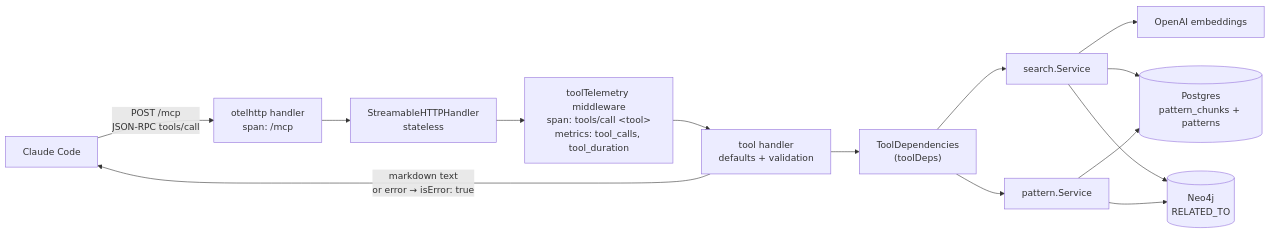
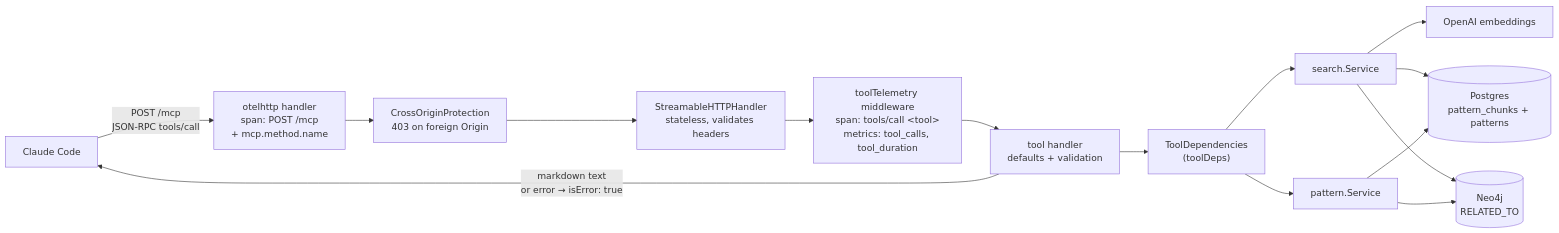
One commit to twistingmercury/mnemonic-docs changed the second of 2 diagrams in docs/design/mcp-server.md. Above: the diagram before and after it, drawn with Mermaid. The commit also changed other lines of this file and 3 other files, not shown here.

````diff
--- a/docs/design/mcp-server.md
+++ b/docs/design/mcp-server.md
@@ -163,16 +174,17 @@
 ```mermaid
 flowchart LR
-    CC["Claude Code"] -->|"POST /mcp<br/>JSON-RPC tools/call"| OTEL["otelhttp handler<br/>span: /mcp"]
-    OTEL --> SH["StreamableHTTPHandler<br/>stateless"]
+    CC["Claude Code"] -->|"POST /mcp<br/>JSON-RPC tools/call"| OTEL["otelhttp handler<br/>span: POST /mcp<br/>+ mcp.method.name"]
+    OTEL --> COP["CrossOriginProtection<br/>403 on foreign Origin"]
+    COP --> SH["StreamableHTTPHandler<br/>stateless, validates headers"]
     SH --> MW["toolTelemetry middleware<br/>span: tools/call &lt;tool&gt;<br/>metrics: tool_calls, tool_duration"]
     MW --> H["tool handler<br/>defaults + validation"]
     H --> TD["ToolDependencies<br/>(toolDeps)"]
     TD --> SS["search.Service"]
     TD --> PS["pattern.Service"]
     SS --> EMB["OpenAI embeddings"]
     SS --> PG[("Postgres<br/>pattern_chunks + patterns")]
     SS --> NEO[("Neo4j<br/>RELATED_TO")]
     PS --> PG
     PS --> NEO
     H -->|"markdown text<br/>or error → isError: true"| CC
 ```
````
